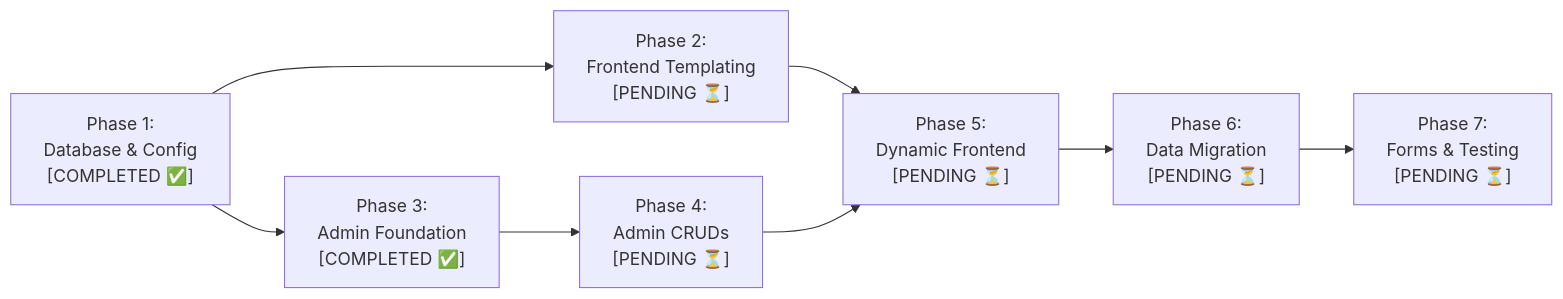
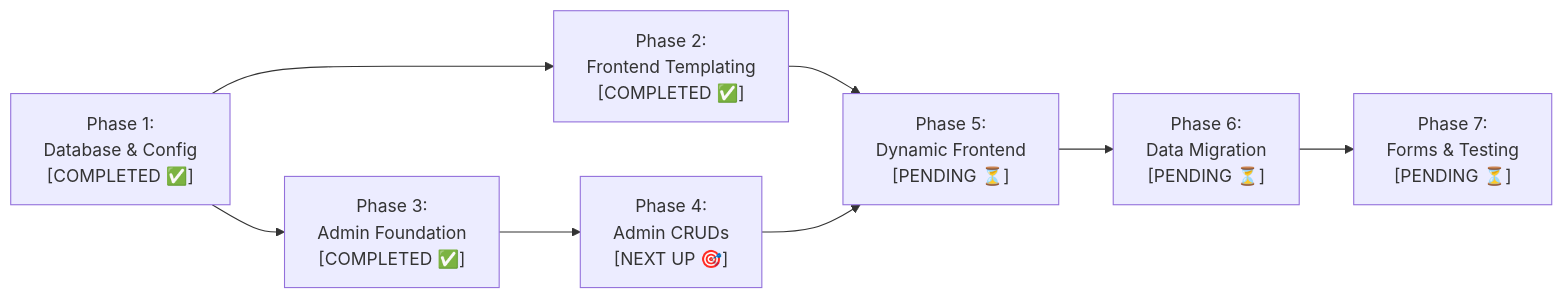
Before and after one commit to shuvo8453/ar-entertainment: the diagram in ProjectPlan.md, drawn with Mermaid. The commit also changed other lines of this file and 7 other files, not shown here.

````diff
--- a/ProjectPlan.md
+++ b/ProjectPlan.md
@@ -43,10 +43,10 @@
 ```mermaid
 flowchart LR
-    P1["Phase 1:\nDatabase & Config\n[COMPLETED ✅]"] --> P2["Phase 2:\nFrontend Templating\n[PENDING ⏳]"]
+    P1["Phase 1:\nDatabase & Config\n[COMPLETED ✅]"] --> P2["Phase 2:\nFrontend Templating\n[COMPLETED ✅]"]
     P1 --> P3["Phase 3:\nAdmin Foundation\n[COMPLETED ✅]"]
-    P3 --> P4["Phase 4:\nAdmin CRUDs\n[PENDING ⏳]"]
+    P3 --> P4["Phase 4:\nAdmin CRUDs\n[NEXT UP 🎯]"]
     P2 --> P5["Phase 5:\nDynamic Frontend\n[PENDING ⏳]"]
     P4 --> P5
     P5 --> P6["Phase 6:\nData Migration\n[PENDING ⏳]"]
     P6 --> P7["Phase 7:\nForms & Testing\n[PENDING ⏳]"]
 ```
````
